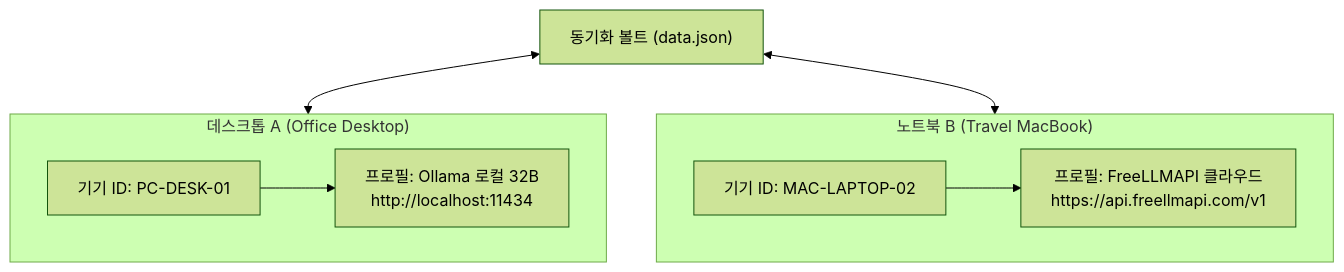
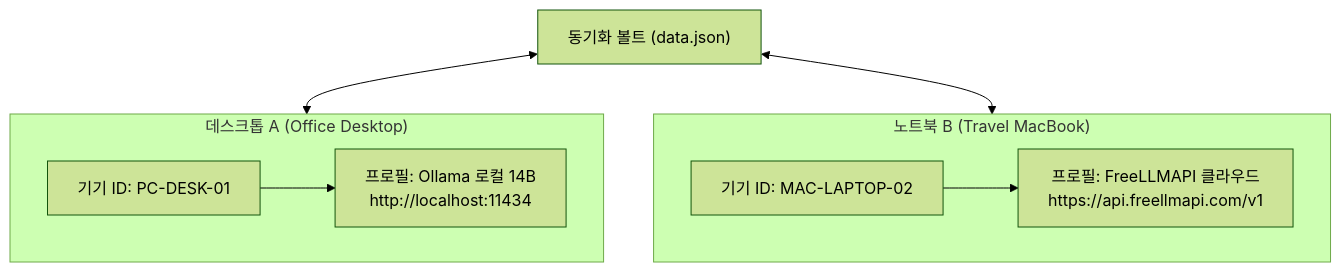
The second of 2 diagrams in docs/02-ai-providers-setup.md (sparklings/emily), drawn with Mermaid (forest theme) before and after one commit. The commit also changed other lines of this file and 8 other files, not shown here.

````diff
--- a/docs/02-ai-providers-setup.md
+++ b/docs/02-ai-providers-setup.md
@@ -105,18 +96,18 @@
 ```mermaid
 flowchart TD
     Sync["동기화 볼트 (data.json)"]
     subgraph D1 ["데스크톱 A (Office Desktop)"]
         A_ID["기기 ID: PC-DESK-01"]
-        A_Conf["프로필: Ollama 로컬 32B<br/>http://localhost:11434"]
+        A_Conf["프로필: Ollama 로컬 14B<br/>http://localhost:11434"]
     end
 
     subgraph D2 ["노트북 B (Travel MacBook)"]
         B_ID["기기 ID: MAC-LAPTOP-02"]
         B_Conf["프로필: FreeLLMAPI 클라우드<br/>https://api.freellmapi.com/v1"]
     end
 
     Sync <--> D1
     Sync <--> D2
     A_ID --> A_Conf
     B_ID --> B_Conf
 ```
````
